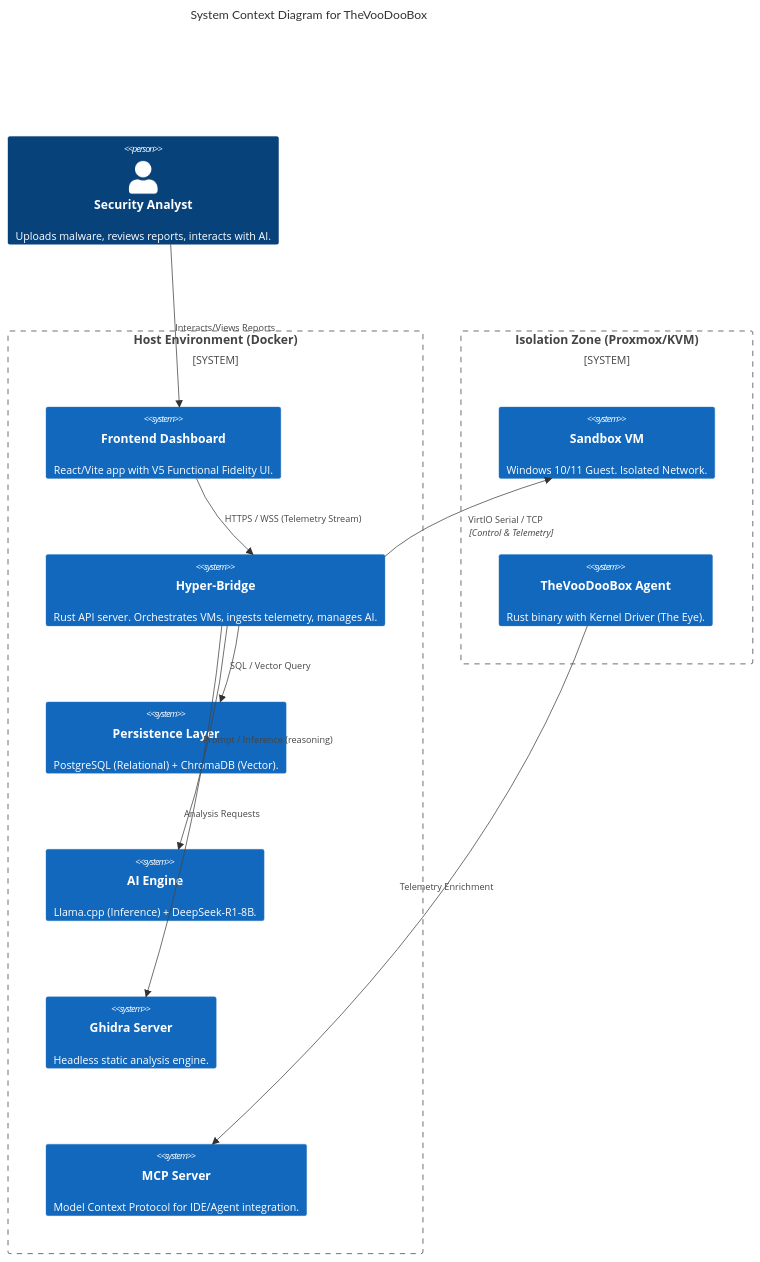
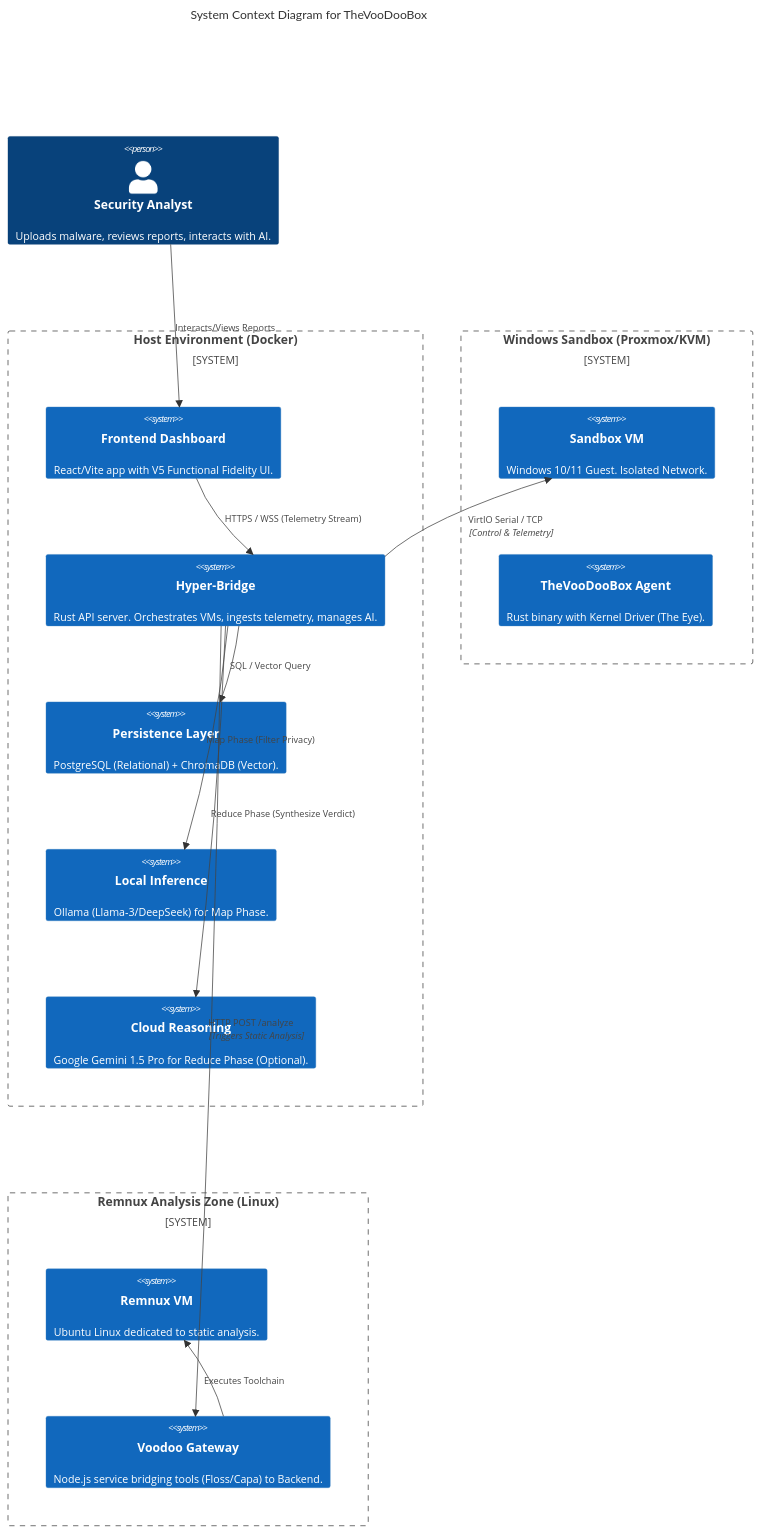
One commit to Sagz9000/TheVooDooBox changed the first of 2 diagrams in docs/02_ARCHITECTURE.md. Above: the diagram before and after it, drawn with Mermaid. The commit also changed other lines of this file and 3 other files, not shown here.

````diff
--- a/docs/02_ARCHITECTURE.md
+++ b/docs/02_ARCHITECTURE.md
@@ -9,28 +9,33 @@
 ```mermaid
 C4Context
     title System Context Diagram for TheVooDooBox
 
     Person(analyst, "Security Analyst", "Uploads malware, reviews reports, interacts with AI.")
     
     System_Boundary(host, "Host Environment (Docker)") {
         System(frontend, "Frontend Dashboard", "React/Vite app with V5 Functional Fidelity UI.")
         System(backend, "Hyper-Bridge", "Rust API server. Orchestrates VMs, ingests telemetry, manages AI.")
         System(db, "Persistence Layer", "PostgreSQL (Relational) + ChromaDB (Vector).")
-        System(ai, "AI Engine", "Llama.cpp (Inference) + DeepSeek-R1-8B.")
-        System(ghidra_srv, "Ghidra Server", "Headless static analysis engine.")
-        System(mcp, "MCP Server", "Model Context Protocol for IDE/Agent integration.")
+        System(ai_local, "Local Inference", "Ollama (Llama-3/DeepSeek) for Map Phase.")
+        System(ai_cloud, "Cloud Reasoning", "Google Gemini 1.5 Pro for Reduce Phase (Optional).")
     }
 
-    System_Boundary(isolation, "Isolation Zone (Proxmox/KVM)") {
+    System_Boundary(isolation, "Windows Sandbox (Proxmox/KVM)") {
         System(vm, "Sandbox VM", "Windows 10/11 Guest. Isolated Network.")
         System(agent, "TheVooDooBox Agent", "Rust binary with Kernel Driver (The Eye).")
+    }
+
+    System_Boundary(remnux_zone, "Remnux Analysis Zone (Linux)") {
+        System(remnux_vm, "Remnux VM", "Ubuntu Linux dedicated to static analysis.")
+        System(gateway, "Voodoo Gateway", "Node.js service bridging tools (Floss/Capa) to Backend.")
     }
 
     Rel(analyst, frontend, "Interacts/Views Reports")
     Rel(frontend, backend, "HTTPS / WSS (Telemetry Stream)")
     Rel(backend, db, "SQL / Vector Query")
-    Rel(backend, ai, "Prompt / Inference (reasoning)")
-    Rel(backend, ghidra_srv, "Analysis Requests")
+    Rel(backend, ai_local, "Map Phase (Filter Privacy)")
+    Rel(backend, ai_cloud, "Reduce Phase (Synthesize Verdict)")
     Rel(backend, vm, "VirtIO Serial / TCP", "Control & Telemetry")
-    Rel(agent, mcp, "Telemetry Enrichment")
+    Rel(backend, gateway, "HTTP POST /analyze", "Triggers Static Analysis")
+    Rel(gateway, remnux_vm, "Executes Toolchain")
 ```
````
